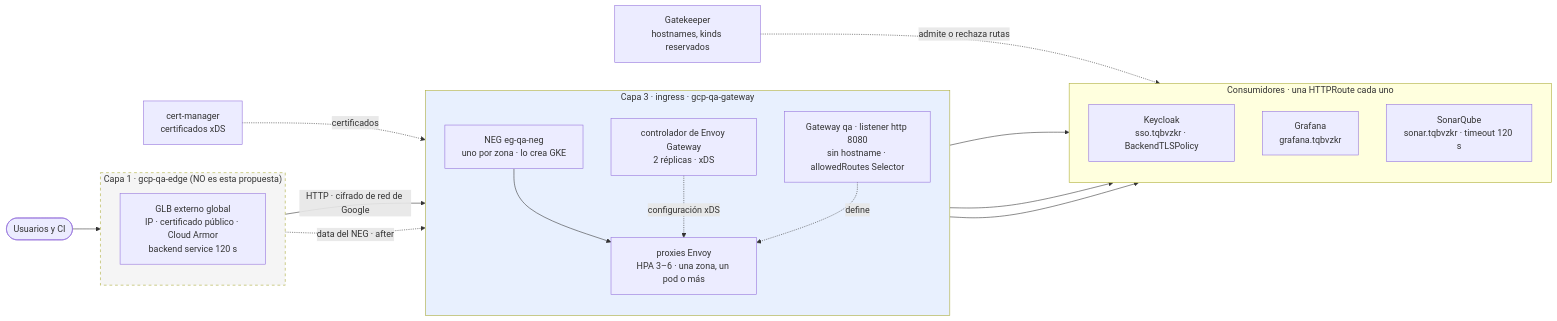
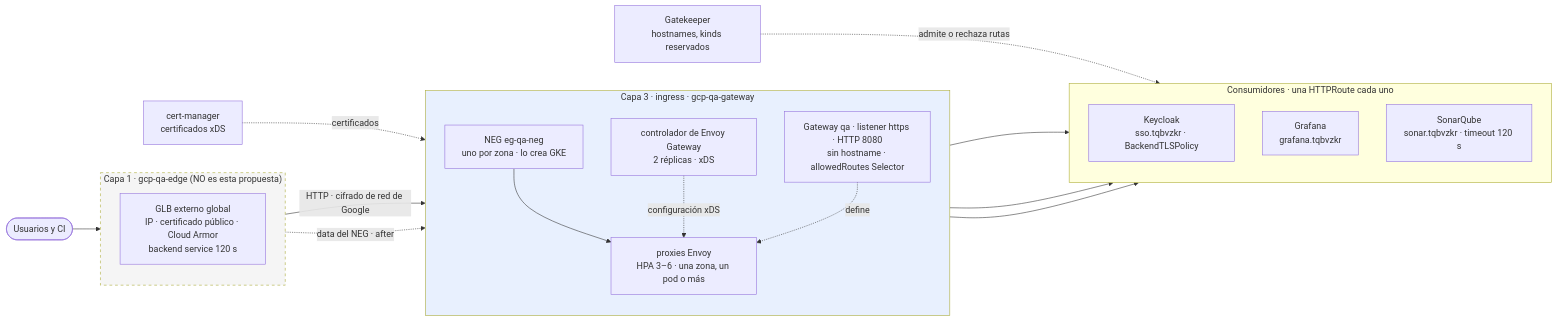
Before and after one commit to aescanero/proposal_documents: the diagram in docs/es/proposals/envoy-gateway-qa/diagrams/01-contexto.mmd, drawn with Mermaid. The commit also changed 86 other files, not shown here.

```diff
--- a/docs/es/proposals/envoy-gateway-qa/diagrams/01-contexto.mmd
+++ b/docs/es/proposals/envoy-gateway-qa/diagrams/01-contexto.mmd
@@ -1,39 +1,39 @@
 flowchart LR
     U(["Usuarios y CI"])
     subgraph L1["Capa 1 · gcp-qa-edge (NO es esta propuesta)"]
         direction TB
         GLB["GLB externo global<br/>IP · certificado público · Cloud Armor<br/>backend service 120 s"]
     end
 
     subgraph L3["Capa 3 · ingress · gcp-qa-gateway"]
         direction TB
         CTRL["controlador de Envoy Gateway<br/>2 réplicas · xDS"]
         NEG["NEG eg-qa-neg<br/>uno por zona · lo crea GKE"]
         PX["proxies Envoy<br/>HPA 3–6 · una zona, un pod o más"]
-        GW["Gateway qa · listener http 8080<br/>sin hostname · allowedRoutes Selector"]
+        GW["Gateway qa · listener https · HTTP 8080<br/>sin hostname · allowedRoutes Selector"]
     end
 
     subgraph CONS["Consumidores · una HTTPRoute cada uno"]
         direction TB
         KC["Keycloak<br/>sso.tqbvzkr · BackendTLSPolicy"]
         GF["Grafana<br/>grafana.tqbvzkr"]
         SQ["SonarQube<br/>sonar.tqbvzkr · timeout 120 s"]
     end
 
     CM["cert-manager<br/>certificados xDS"]
     GK["Gatekeeper<br/>hostnames, kinds reservados"]
 
     U --> GLB
     GLB -->|"HTTP · cifrado de red de Google"| NEG
     NEG --> PX
     CTRL -. "configuración xDS" .-> PX
     GW -. "define" .-> PX
     PX --> KC
     PX --> GF
     PX --> SQ
     CM -. "certificados" .-> PX
     GK -. "admite o rechaza rutas" .-> CONS
     GLB -. "data del NEG · after" .-> NEG
 
     style L1 fill:#f5f5f5,stroke-dasharray: 5 5
     style L3 fill:#e8f0fe
```
